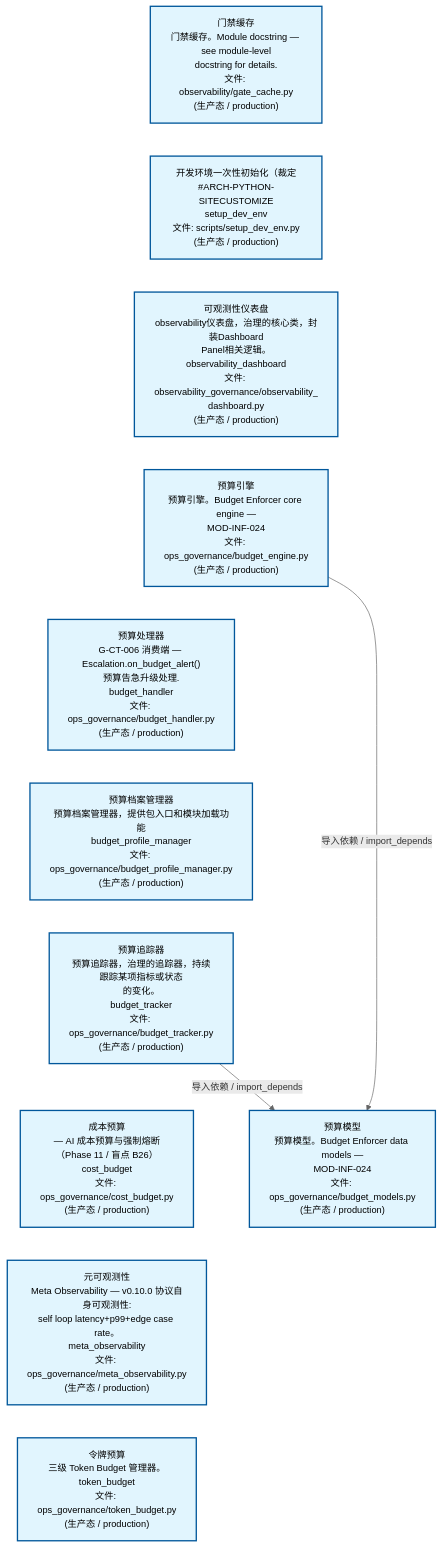
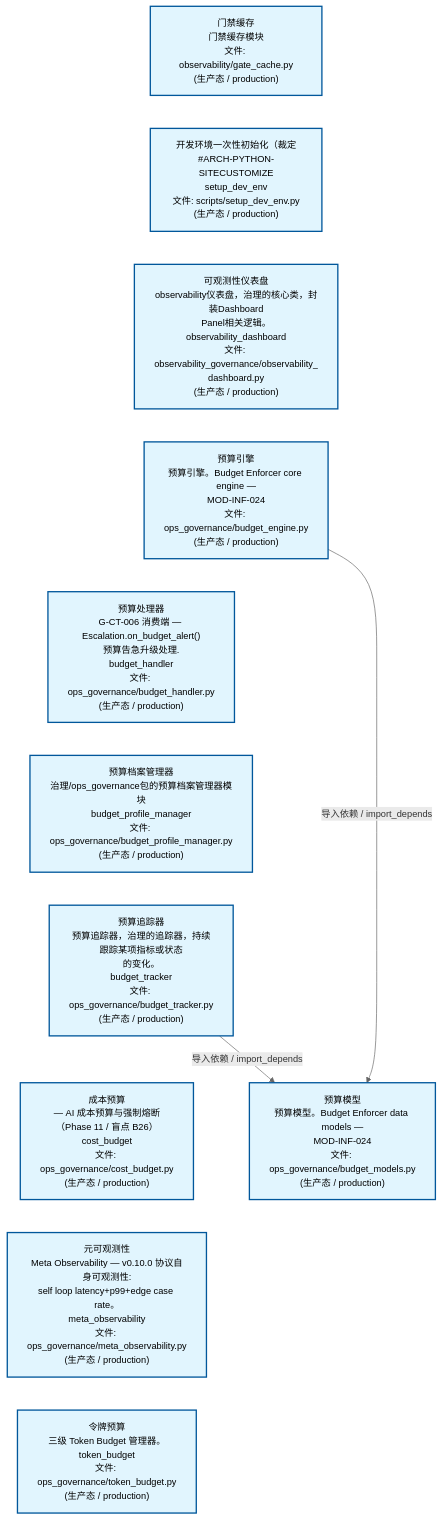
One commit to xuanFelixVan/ZephyrAlpha changed the second of 3 diagrams in docs/02_enterprise_architecture/02_domain_architecture_docs/24_d_ops.md. Above: the diagram before and after it, drawn with Mermaid. The commit also changed other lines of this file and 58 other files, not shown here.

````diff
--- a/docs/02_enterprise_architecture/02_domain_architecture_docs/24_d_ops.md
+++ b/docs/02_enterprise_architecture/02_domain_architecture_docs/24_d_ops.md
@@ -125,31 +125,31 @@
 ```mermaid
 %%{init: {'theme': 'base', 'themeVariables': {'primaryColor': '#eaeaea', 'primaryTextColor': '#333333', 'primaryBorderColor': '#666666', 'lineColor': '#666666', 'secondaryColor': '#eaeaea', 'tertiaryColor': '#eaeaea', 'fontSize': '14px'}}}%%
 flowchart TD
-    scripts_governance_observability_gate_cache_py["门禁缓存<br/>门禁缓存。Module docstring — see module-level<br/>docstring for details.<br/>文件: observability/gate_cache.py<br/>(生产态 / production)"]
+    scripts_governance_observability_gate_cache_py["门禁缓存<br/>门禁缓存模块<br/>文件: observability/gate_cache.py<br/>(生产态 / production)"]
     scripts_setup_dev_env_py["开发环境一次性初始化（裁定<br/>#ARCH-PYTHON-SITECUSTOMIZE<br/>setup_dev_env<br/>文件: scripts/setup_dev_env.py<br/>(生产态 / production)"]
     src_zephyr_governance_observability_governance_observability_dashboard_py["可观测性仪表盘<br/>observability仪表盘，治理的核心类，封装Dashboard<br/>Panel相关逻辑。<br/>observability_dashboard<br/>文件: observability_governance/observability_<br/>dashboard.py<br/>(生产态 / production)"]
     src_zephyr_governance_ops_governance_budget_engine_py["预算引擎<br/>预算引擎。Budget Enforcer core engine —<br/>MOD-INF-024<br/>文件: ops_governance/budget_engine.py<br/>(生产态 / production)"]
     src_zephyr_governance_ops_governance_budget_handler_py["预算处理器<br/>G-CT-006 消费端 — Escalation.on_budget_alert()<br/>预算告急升级处理.<br/>budget_handler<br/>文件: ops_governance/budget_handler.py<br/>(生产态 / production)"]
-    src_zephyr_governance_ops_governance_budget_profile_manager_py["预算档案管理器<br/>预算档案管理器，提供包入口和模块加载功能<br/>budget_profile_manager<br/>文件: ops_governance/budget_profile_manager.py<br/>(生产态 / production)"]
+    src_zephyr_governance_ops_governance_budget_profile_manager_py["预算档案管理器<br/>治理/ops_governance包的预算档案管理器模块<br/>budget_profile_manager<br/>文件: ops_governance/budget_profile_manager.py<br/>(生产态 / production)"]
     src_zephyr_governance_ops_governance_budget_tracker_py["预算追踪器<br/>预算追踪器，治理的追踪器，持续跟踪某项指标或状态<br/>的变化。<br/>budget_tracker<br/>文件: ops_governance/budget_tracker.py<br/>(生产态 / production)"]
     src_zephyr_governance_ops_governance_cost_budget_py["成本预算<br/>— AI 成本预算与强制熔断（Phase 11 / 盲点 B26）<br/>cost_budget<br/>文件: ops_governance/cost_budget.py<br/>(生产态 / production)"]
     src_zephyr_governance_ops_governance_meta_observability_py["元可观测性<br/>Meta Observability — v0.10.0 协议自身可观测性:<br/>self loop latency+p99+edge case rate。<br/>meta_observability<br/>文件: ops_governance/meta_observability.py<br/>(生产态 / production)"]
     src_zephyr_governance_ops_governance_token_budget_py["令牌预算<br/>三级 Token Budget 管理器。<br/>token_budget<br/>文件: ops_governance/token_budget.py<br/>(生产态 / production)"]
     scripts_governance_observability_gate_cache_py ~~~ scripts_setup_dev_env_py
     scripts_setup_dev_env_py ~~~ src_zephyr_governance_observability_governance_observability_dashboard_py
     src_zephyr_governance_observability_governance_observability_dashboard_py ~~~ src_zephyr_governance_ops_governance_budget_engine_py
     src_zephyr_governance_ops_governance_budget_engine_py ~~~ src_zephyr_governance_ops_governance_budget_handler_py
     src_zephyr_governance_ops_governance_budget_handler_py ~~~ src_zephyr_governance_ops_governance_budget_profile_manager_py
     src_zephyr_governance_ops_governance_budget_profile_manager_py ~~~ src_zephyr_governance_ops_governance_budget_tracker_py
     src_zephyr_governance_ops_governance_budget_tracker_py ~~~ src_zephyr_governance_ops_governance_cost_budget_py
     src_zephyr_governance_ops_governance_cost_budget_py ~~~ src_zephyr_governance_ops_governance_meta_observability_py
     src_zephyr_governance_ops_governance_meta_observability_py ~~~ src_zephyr_governance_ops_governance_token_budget_py
     src_zephyr_governance_ops_governance_budget_models_py["预算模型<br/>预算模型。Budget Enforcer data models —<br/>MOD-INF-024<br/>文件: ops_governance/budget_models.py<br/>(生产态 / production)"]
     src_zephyr_governance_ops_governance_budget_engine_py -->|导入依赖 / import_depends| src_zephyr_governance_ops_governance_budget_models_py
     src_zephyr_governance_ops_governance_budget_tracker_py -->|导入依赖 / import_depends| src_zephyr_governance_ops_governance_budget_models_py
     classDef production fill:#e1f5fe,stroke:#01579b,stroke-width:2px,color:#000
     classDef design fill:#fff3e0,stroke:#e65100,stroke-width:2px,color:#000,stroke-dasharray: 5 5
     classDef external_prod fill:#e8f4fd,stroke:#0277bd,stroke-width:1px,color:#000
     classDef external_design fill:#fff8e7,stroke:#ef6c00,stroke-width:1px,color:#000,stroke-dasharray: 5 5
     class scripts_governance_observability_gate_cache_py,scripts_setup_dev_env_py,src_zephyr_governance_observability_governance_observability_dashboard_py,src_zephyr_governance_ops_governance_budget_engine_py,src_zephyr_governance_ops_governance_budget_handler_py,src_zephyr_governance_ops_governance_budget_models_py,src_zephyr_governance_ops_governance_budget_profile_manager_py,src_zephyr_governance_ops_governance_budget_tracker_py,src_zephyr_governance_ops_governance_cost_budget_py,src_zephyr_governance_ops_governance_meta_observability_py,src_zephyr_governance_ops_governance_token_budget_py production
 ```
````
